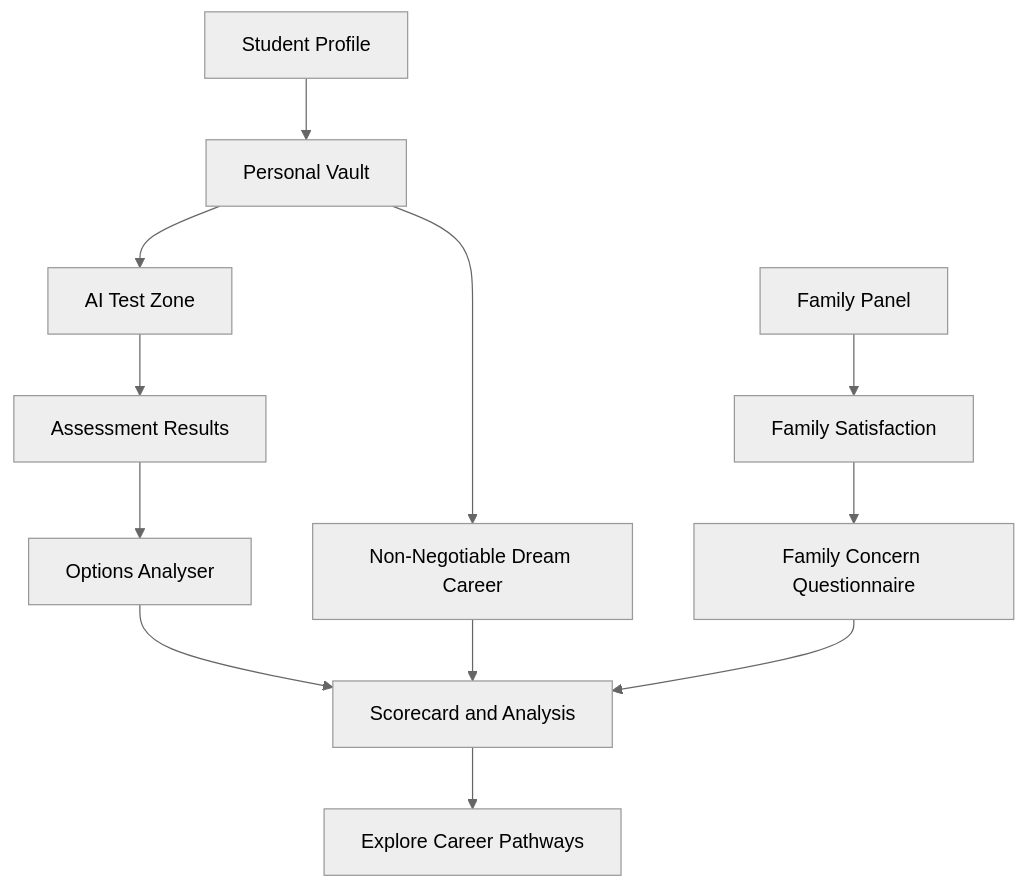
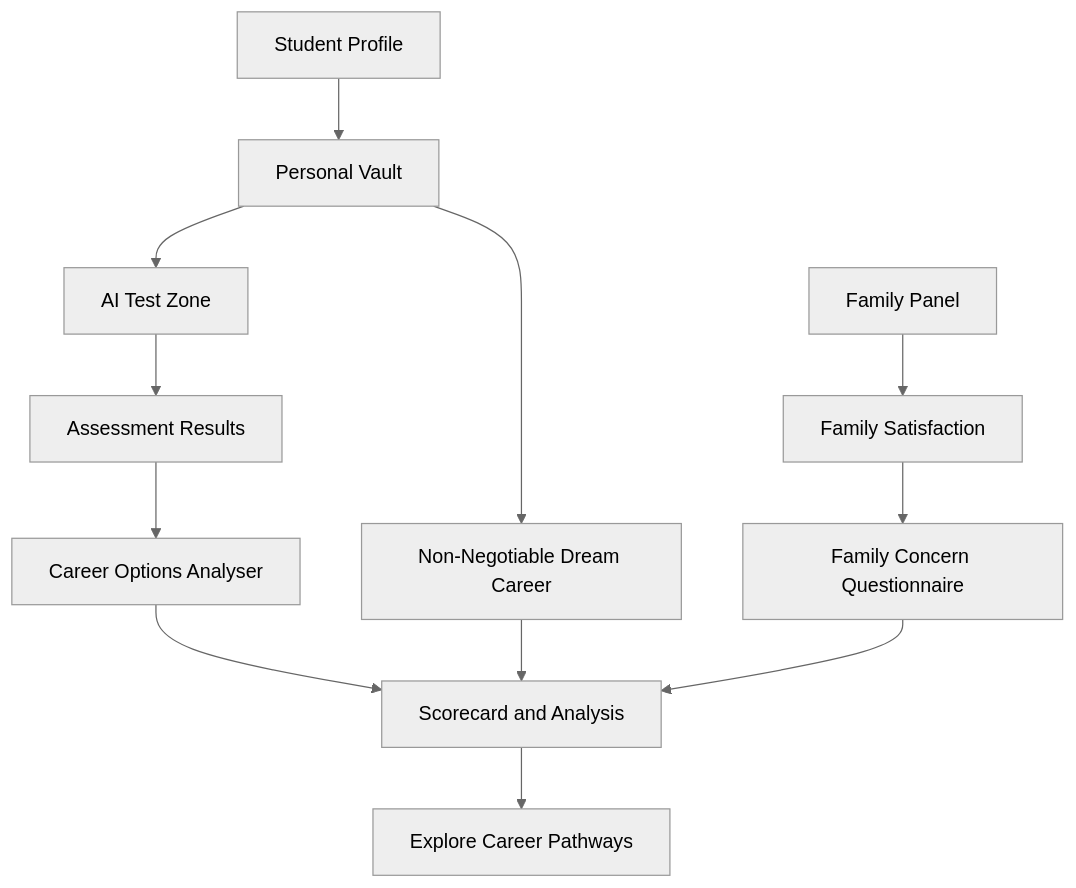
One commit to PrinceJ18/CareerMitra changed the first of 2 diagrams in README.md. Above: the diagram before and after it, drawn with Mermaid (neutral theme). The commit also changed other lines of this file, not shown here.

````diff
--- a/README.md
+++ b/README.md
@@ -190,14 +206,14 @@
 ```mermaid
 flowchart TD
     A[Student Profile] --> B[Personal Vault]
     B --> C[AI Test Zone]
     C --> D[Assessment Results]
     B --> E[Non-Negotiable Dream Career]
-    D --> F[Options Analyser]
+    D --> F[Career Options Analyser]
     G[Family Panel] --> H[Family Satisfaction]
     H --> I[Family Concern Questionnaire]
     F --> J[Scorecard and Analysis]
     E --> J
     I --> J
     J --> K[Explore Career Pathways]
 ```
````
